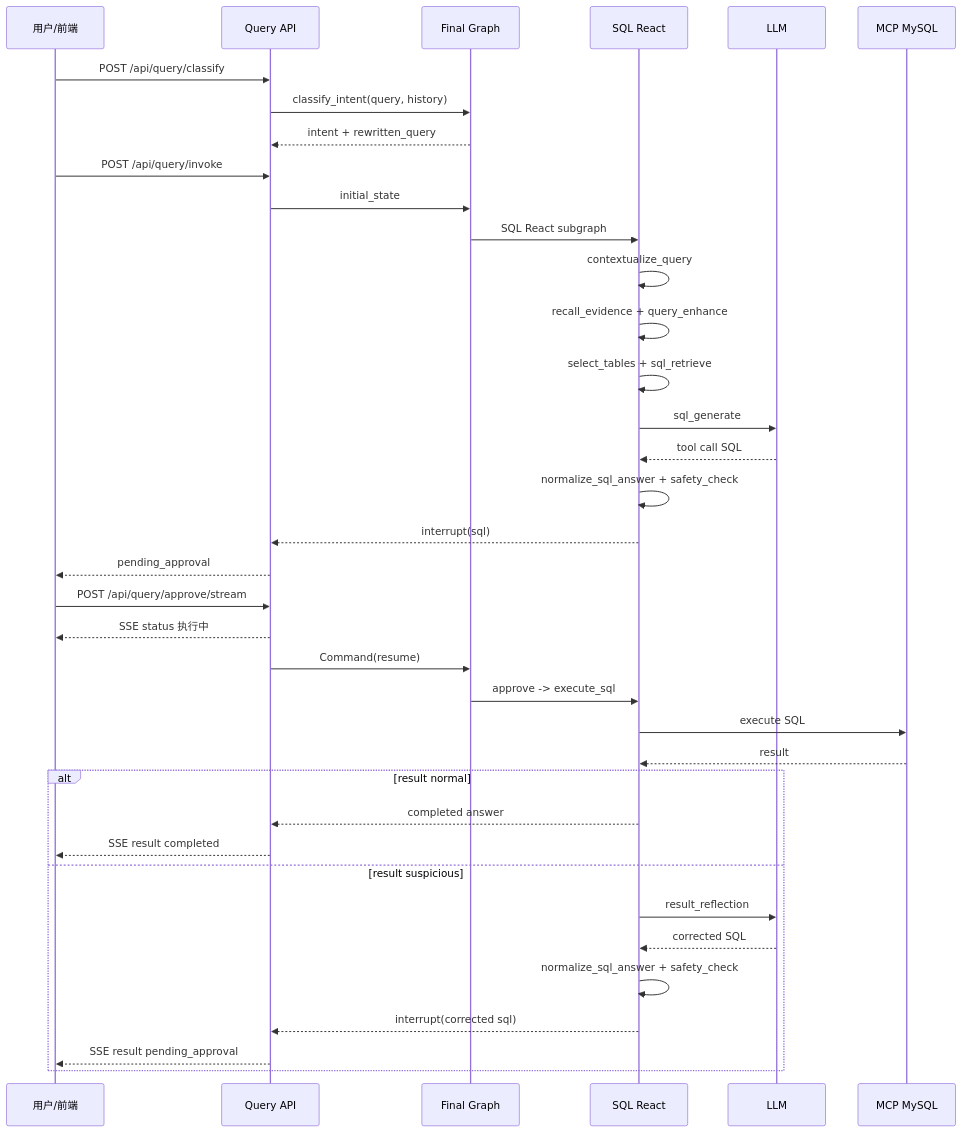
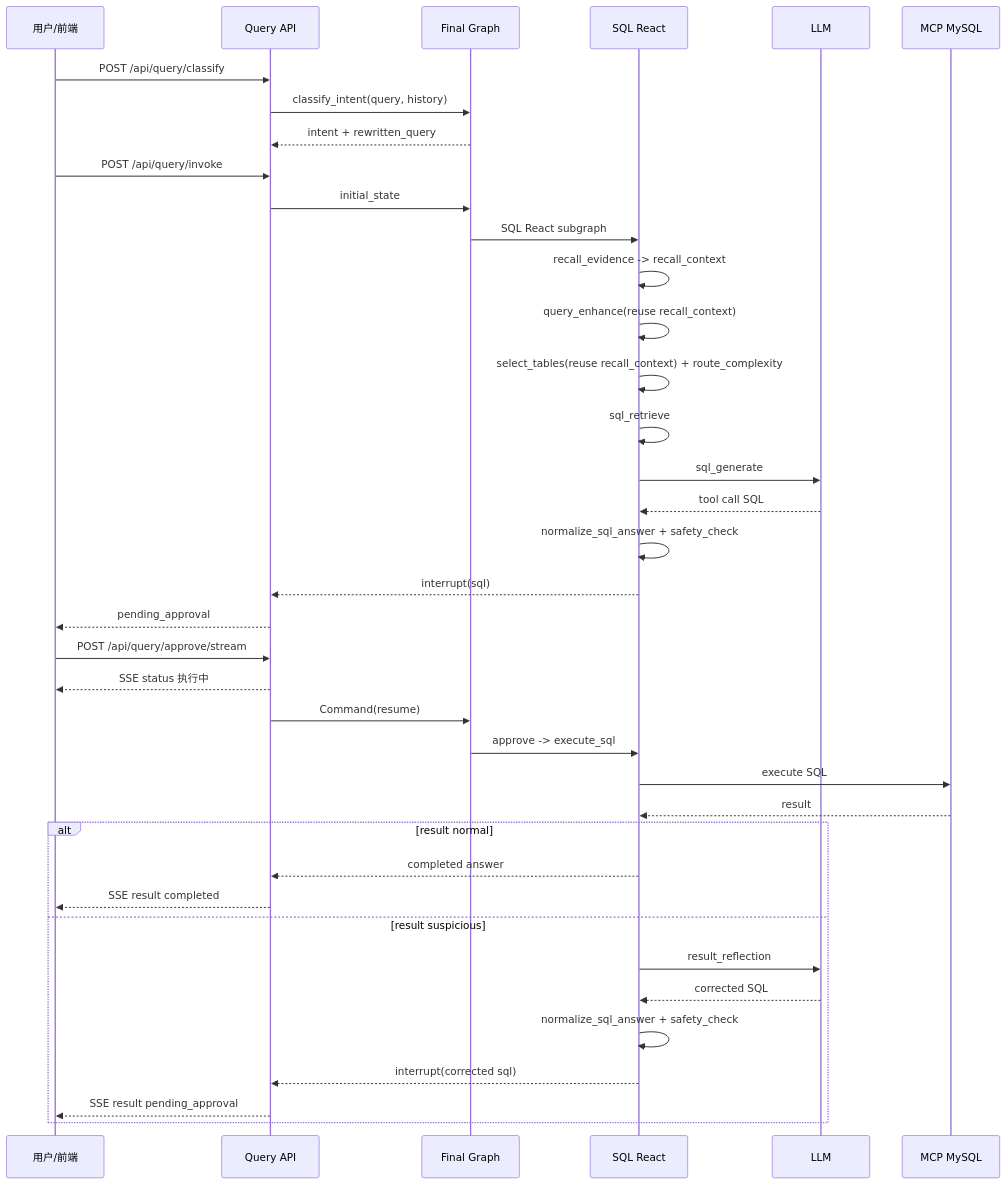
The diagram in python_langchain_design.md (liangyuzhe/agent-platform-py), drawn with Mermaid before and after one commit. The commit also changed other lines of this file and 13 other files, not shown here.

Commit message:
fix: constrain recall context table selection

````diff
--- a/python_langchain_design.md
+++ b/python_langchain_design.md
@@ -397,43 +465,44 @@
 ```mermaid
 sequenceDiagram
     participant U as 用户/前端
     participant API as Query API
     participant G as Final Graph
     participant S as SQL React
     participant LLM as LLM
     participant DB as MCP MySQL
 
     U->>API: POST /api/query/classify
     API->>G: classify_intent(query, history)
     G-->>API: intent + rewritten_query
 
     U->>API: POST /api/query/invoke
     API->>G: initial_state
     G->>S: SQL React subgraph
-    S->>S: contextualize_query
-    S->>S: recall_evidence + query_enhance
-    S->>S: select_tables + sql_retrieve
+    S->>S: recall_evidence -> recall_context
+    S->>S: query_enhance(reuse recall_context)
+    S->>S: select_tables(reuse recall_context) + route_complexity
+    S->>S: sql_retrieve
     S->>LLM: sql_generate
     LLM-->>S: tool call SQL
     S->>S: normalize_sql_answer + safety_check
     S-->>API: interrupt(sql)
     API-->>U: pending_approval
 
     U->>API: POST /api/query/approve/stream
     API-->>U: SSE status 执行中
     API->>G: Command(resume)
     G->>S: approve -> execute_sql
     S->>DB: execute SQL
     DB-->>S: result
 
     alt result normal
         S-->>API: completed answer
         API-->>U: SSE result completed
     else result suspicious
         S->>LLM: result_reflection
         LLM-->>S: corrected SQL
         S->>S: normalize_sql_answer + safety_check
         S-->>API: interrupt(corrected sql)
         API-->>U: SSE result pending_approval
     end
 ```
````
